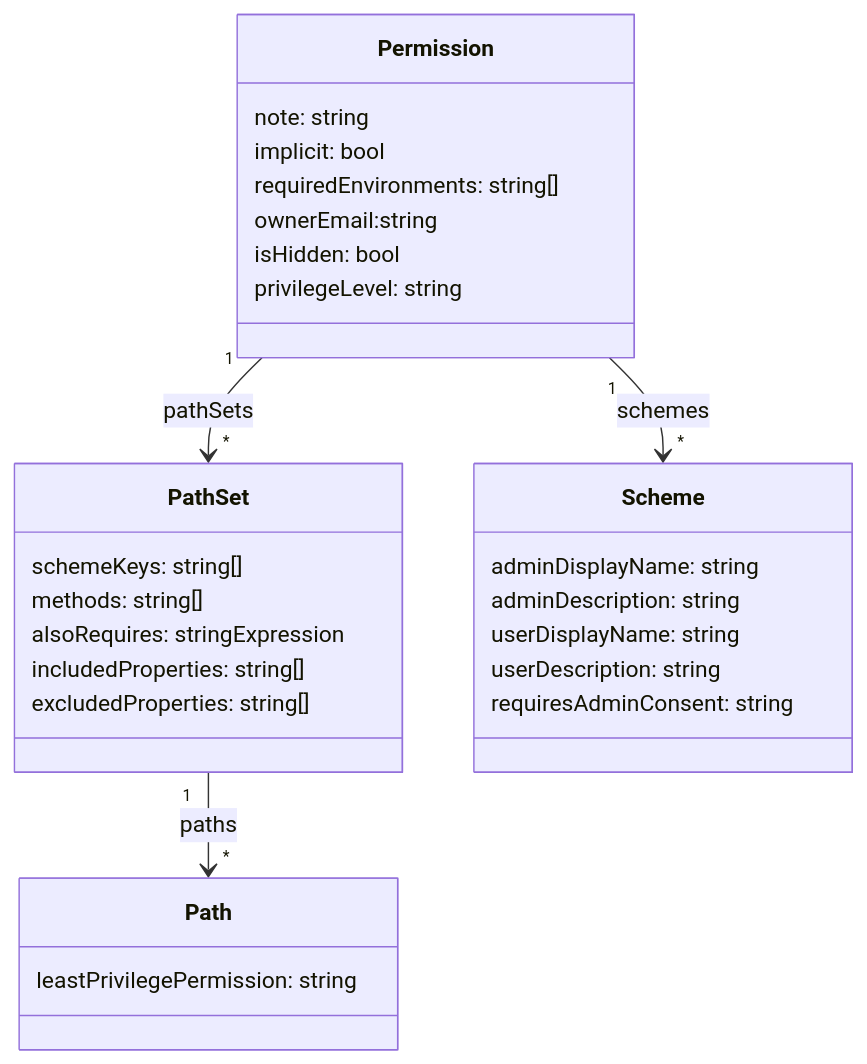
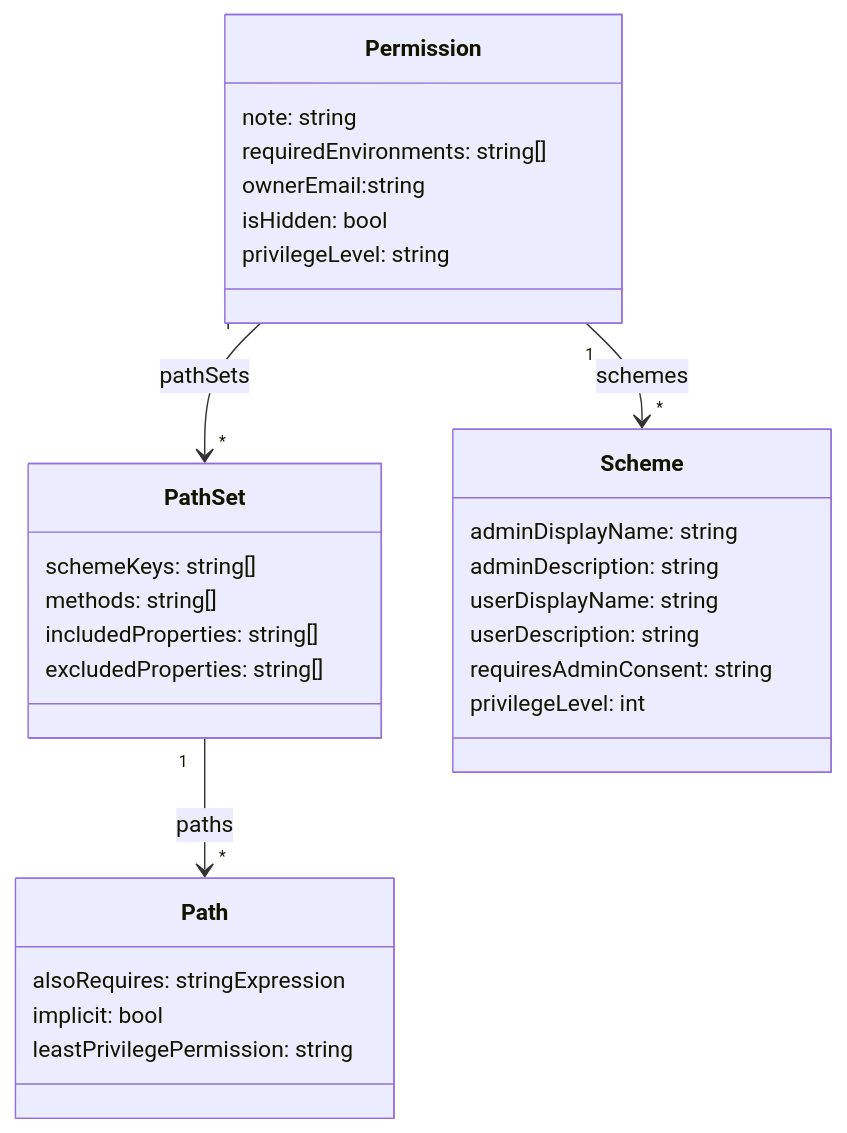
One commit to microsoftgraph/msgraph-metadata changed the diagram in specs/permissions.md. Above: the diagram before and after it, drawn with Mermaid. The commit also changed other lines of this file, not shown here.

Commit message:
updated model schema object properties and definitions

````diff
--- a/specs/permissions.md
+++ b/specs/permissions.md
@@ -189,36 +189,37 @@
 ```mermaid
 classDiagram
 
     class Permission{
         note: string
-        implicit: bool
         requiredEnvironments: string[]
         ownerEmail:string
         isHidden: bool
         privilegeLevel: string
     }
     Permission "1" --> "*" PathSet:pathSets
     Permission "1" --> "*" Scheme:schemes
 
     class PathSet{
         schemeKeys: string[]     
         methods: string[] 
-        alsoRequires: stringExpression 
         includedProperties: string[]     
         excludedProperties: string[]     
     }
     PathSet "1" --> "*" Path:paths
 
     class Path{
+        alsoRequires: stringExpression
+        implicit: bool
         leastPrivilegePermission: string
     }
 
     class Scheme{
         adminDisplayName: string
         adminDescription: string
         userDisplayName: string
         userDescription: string
         requiresAdminConsent: string
+        privilegeLevel: int
     }
 
 ```
````
